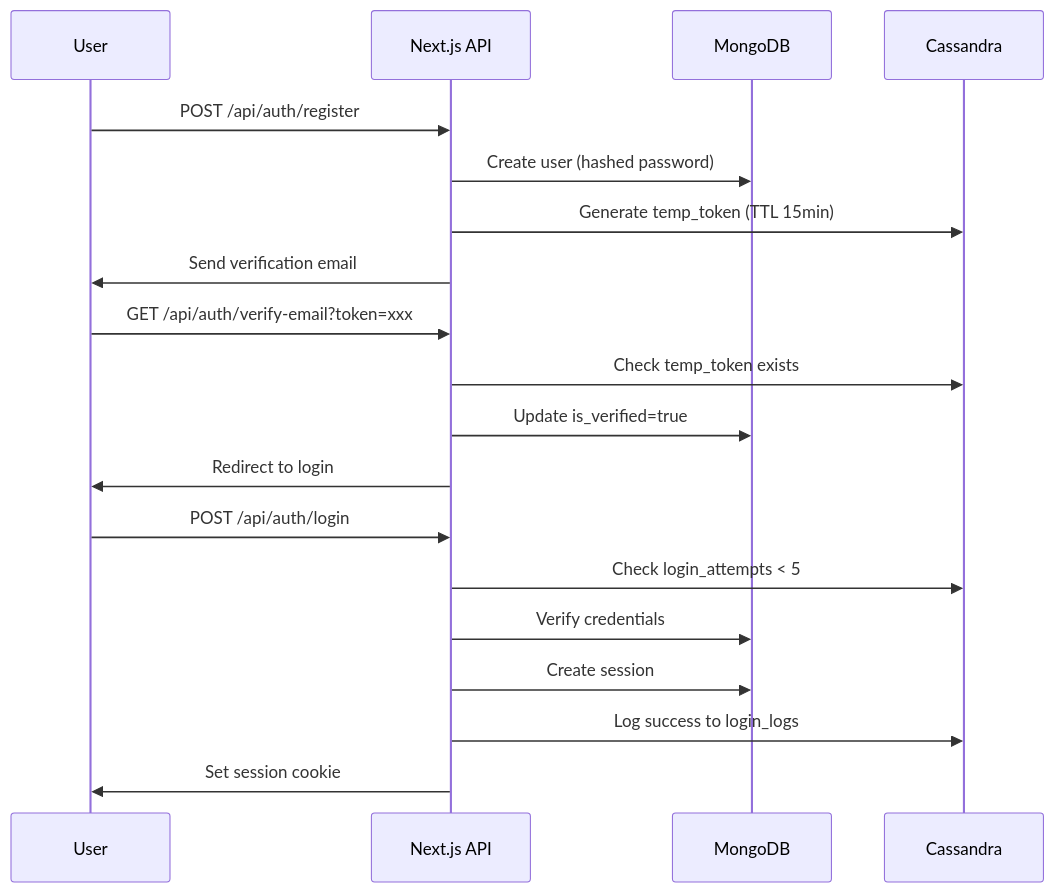
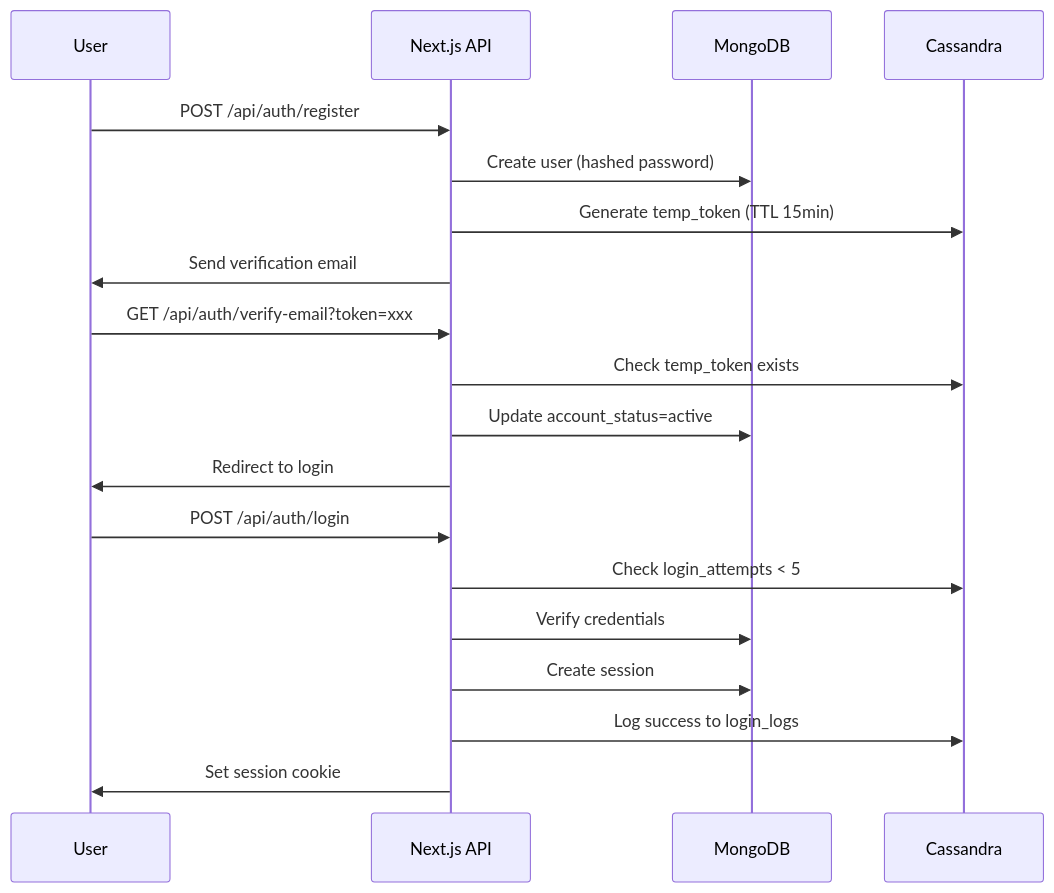
Before and after one commit to codewara/SIGMA-UMKM: the fourth of 4 diagrams in README.md, drawn with Mermaid. The commit also changed other lines of this file and 11 other files, not shown here.

````diff
--- a/README.md
+++ b/README.md
@@ -297,24 +328,24 @@
 ```mermaid
 sequenceDiagram
     participant U as User
     participant A as Next.js API
     participant M as MongoDB
     participant C as Cassandra
     
     U->>A: POST /api/auth/register
     A->>M: Create user (hashed password)
     A->>C: Generate temp_token (TTL 15min)
     A->>U: Send verification email
     
     U->>A: GET /api/auth/verify-email?token=xxx
     A->>C: Check temp_token exists
-    A->>M: Update is_verified=true
+    A->>M: Update account_status=active
     A->>U: Redirect to login
     
     U->>A: POST /api/auth/login
     A->>C: Check login_attempts < 5
     A->>M: Verify credentials
     A->>M: Create session
     A->>C: Log success to login_logs
     A->>U: Set session cookie
 ```
````
